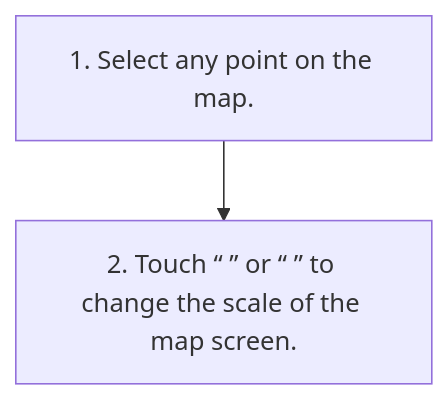
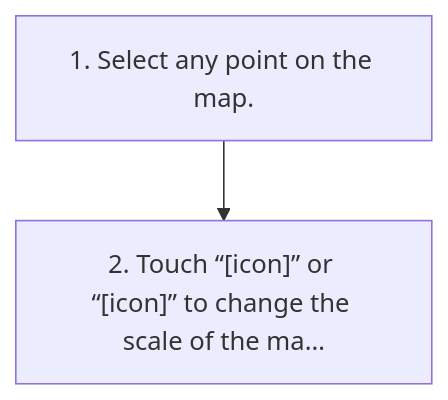
The diagram in workspace/subaru/outback-2026/ivi/published/navigation-if-equipped/6-map-scale.md (Chieko-Y/my-spec-generator), drawn with Mermaid before and after one commit. The commit also changed other lines of this file and 477 other files, not shown here.

````diff
--- a/workspace/subaru/outback-2026/ivi/published/navigation-if-equipped/6-map-scale.md
+++ b/workspace/subaru/outback-2026/ivi/published/navigation-if-equipped/6-map-scale.md
@@ -9,6 +9,6 @@
 ```mermaid
 flowchart TD
     S1["1. Select any point on the map."]
-    S2["2. Touch “ ” or “ ” to change the scale of the map screen."]
+    S2["2. Touch “[icon]” or “[icon]” to change the scale of the ma…"]
     S1 --> S2
 ```
````
